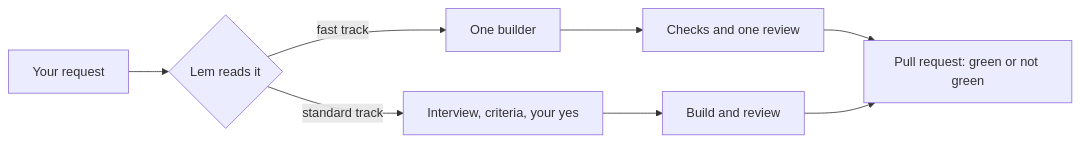
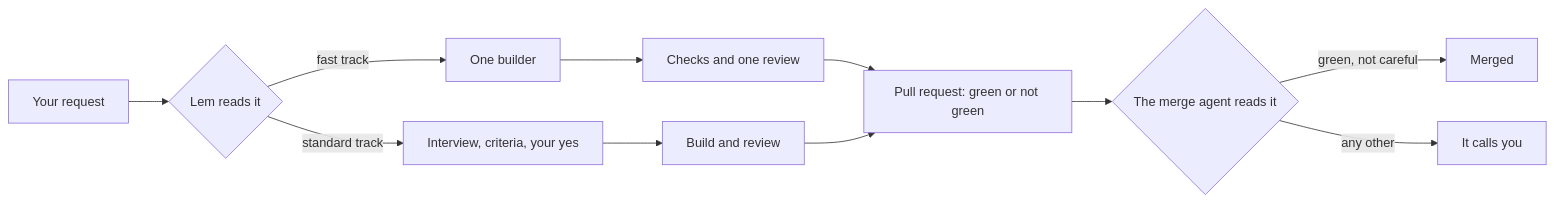
One commit to pySilver/lem changed the diagram in README.md. Above: the diagram before and after it, drawn with Mermaid. The commit also changed other lines of this file and 181 other files, not shown here.

First line of the commit message:
feat(lem): a session for each task, a merge agent, and the board as a served app

````diff
--- a/README.md
+++ b/README.md
@@ -33,10 +33,13 @@
 ```mermaid
 flowchart LR
   request["Your request"] --> read{"Lem reads it"}
   read -->|"fast track"| builder["One builder"]
   builder --> checks["Checks and one review"]
   read -->|"standard track"| talk["Interview, criteria, your yes"]
   talk --> build["Build and review"]
   checks --> pr["Pull request: green or not green"]
   build --> pr
+  pr --> merger{"The merge agent reads it"}
+  merger -->|"green, not careful"| merged["Merged"]
+  merger -->|"any other"| you["It calls you"]
 ```
````
